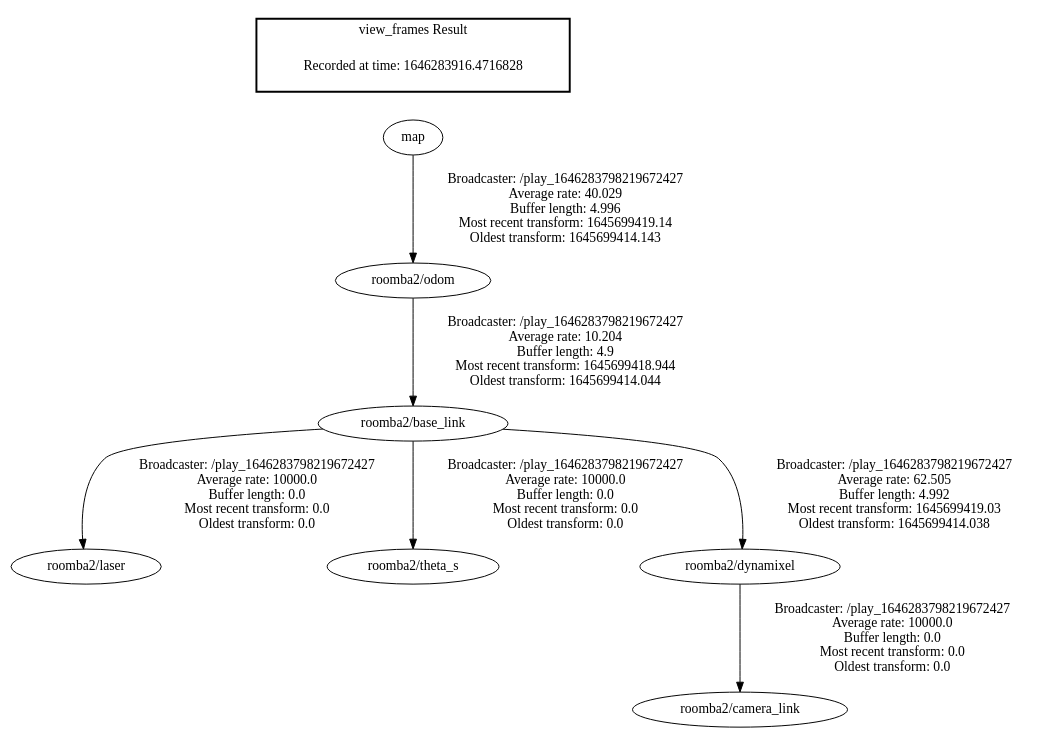
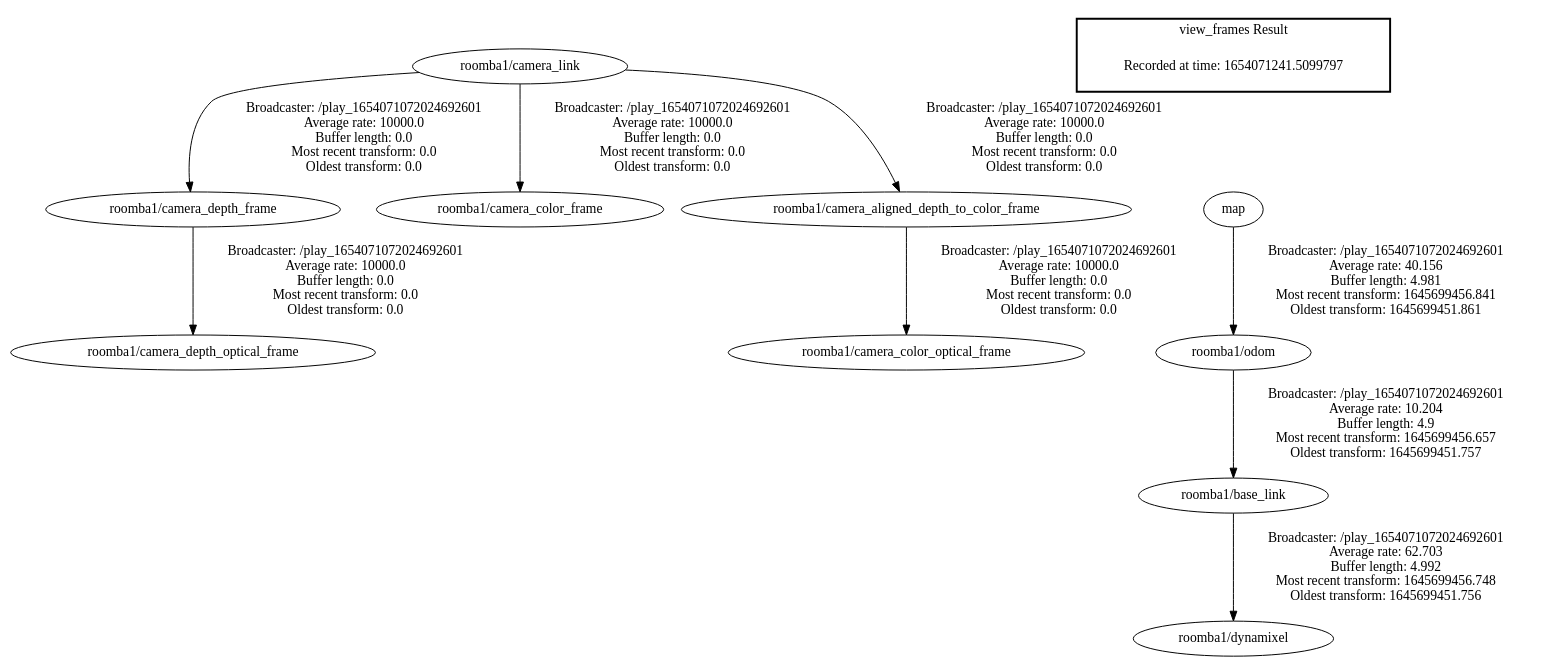
The diagram in frames/frames.gv (TakuKarasawa/tools), drawn with Graphviz before and after one commit. The commit also changed 3 other files, not shown here.

```diff
--- a/frames/frames.gv
+++ b/frames/frames.gv
@@ -1,12 +1,14 @@
 digraph G {
-"roomba2/base_link" -> "roomba2/laser"[label=" Broadcaster: /play_1646283798219672427\nAverage rate: 10000.0\nBuffer length: 0.0\nMost recent transform: 0.0\nOldest transform: 0.0\n"];
-"roomba2/odom" -> "roomba2/base_link"[label=" Broadcaster: /play_1646283798219672427\nAverage rate: 10.204\nBuffer length: 4.9\nMost recent transform: 1645699418.944\nOldest transform: 1645699414.044\n"];
-"roomba2/base_link" -> "roomba2/theta_s"[label=" Broadcaster: /play_1646283798219672427\nAverage rate: 10000.0\nBuffer length: 0.0\nMost recent transform: 0.0\nOldest transform: 0.0\n"];
-"roomba2/dynamixel" -> "roomba2/camera_link"[label=" Broadcaster: /play_1646283798219672427\nAverage rate: 10000.0\nBuffer length: 0.0\nMost recent transform: 0.0\nOldest transform: 0.0\n"];
-"roomba2/base_link" -> "roomba2/dynamixel"[label=" Broadcaster: /play_1646283798219672427\nAverage rate: 62.505\nBuffer length: 4.992\nMost recent transform: 1645699419.03\nOldest transform: 1645699414.038\n"];
-"map" -> "roomba2/odom"[label=" Broadcaster: /play_1646283798219672427\nAverage rate: 40.029\nBuffer length: 4.996\nMost recent transform: 1645699419.14\nOldest transform: 1645699414.143\n"];
+"roomba1/camera_link" -> "roomba1/camera_depth_frame"[label=" Broadcaster: /play_1654071072024692601\nAverage rate: 10000.0\nBuffer length: 0.0\nMost recent transform: 0.0\nOldest transform: 0.0\n"];
+"roomba1/camera_depth_frame" -> "roomba1/camera_depth_optical_frame"[label=" Broadcaster: /play_1654071072024692601\nAverage rate: 10000.0\nBuffer length: 0.0\nMost recent transform: 0.0\nOldest transform: 0.0\n"];
+"roomba1/camera_link" -> "roomba1/camera_color_frame"[label=" Broadcaster: /play_1654071072024692601\nAverage rate: 10000.0\nBuffer length: 0.0\nMost recent transform: 0.0\nOldest transform: 0.0\n"];
+"roomba1/camera_aligned_depth_to_color_frame" -> "roomba1/camera_color_optical_frame"[label=" Broadcaster: /play_1654071072024692601\nAverage rate: 10000.0\nBuffer length: 0.0\nMost recent transform: 0.0\nOldest transform: 0.0\n"];
+"roomba1/camera_link" -> "roomba1/camera_aligned_depth_to_color_frame"[label=" Broadcaster: /play_1654071072024692601\nAverage rate: 10000.0\nBuffer length: 0.0\nMost recent transform: 0.0\nOldest transform: 0.0\n"];
+"roomba1/base_link" -> "roomba1/dynamixel"[label=" Broadcaster: /play_1654071072024692601\nAverage rate: 62.703\nBuffer length: 4.992\nMost recent transform: 1645699456.748\nOldest transform: 1645699451.756\n"];
+"roomba1/odom" -> "roomba1/base_link"[label=" Broadcaster: /play_1654071072024692601\nAverage rate: 10.204\nBuffer length: 4.9\nMost recent transform: 1645699456.657\nOldest transform: 1645699451.757\n"];
+"map" -> "roomba1/odom"[label=" Broadcaster: /play_1654071072024692601\nAverage rate: 40.156\nBuffer length: 4.981\nMost recent transform: 1645699456.841\nOldest transform: 1645699451.861\n"];
 edge [style=invis];
  subgraph cluster_legend { style=bold; color=black; label ="view_frames Result";
-"Recorded at time: 1646283916.4716828"[ shape=plaintext ] ;
+"Recorded at time: 1654071241.5099797"[ shape=plaintext ] ;
 }->"map";
 }
```
